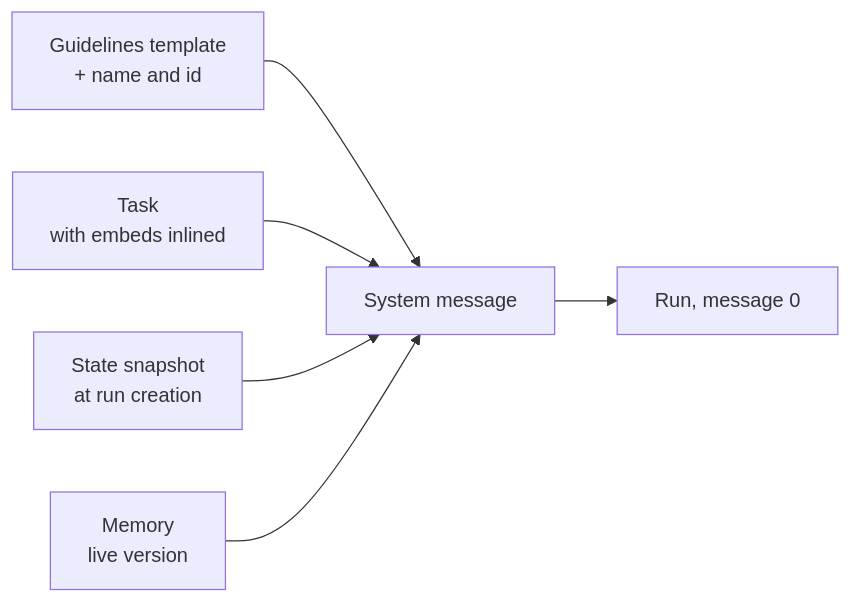
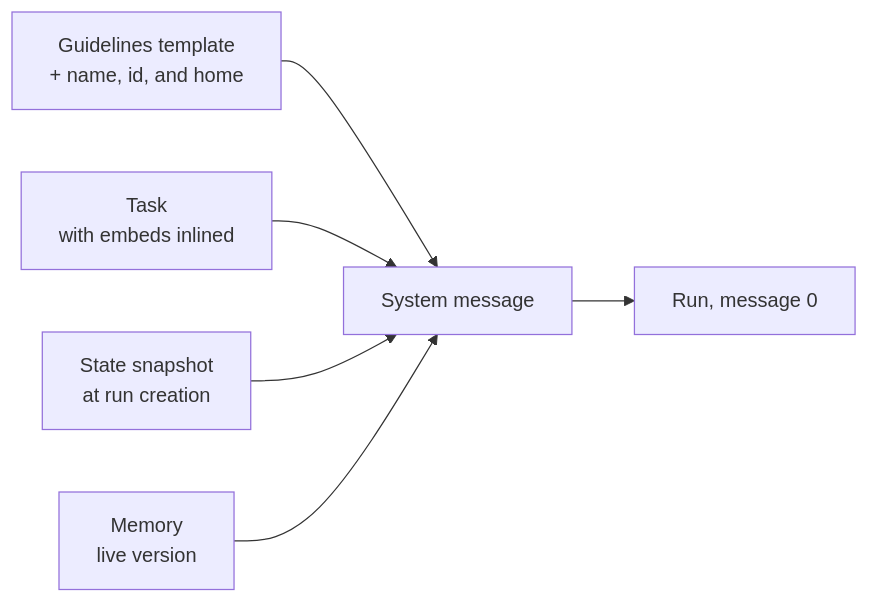
The diagram in docs/concepts/system-prompt.md (CigaleAI/guilds), drawn with Mermaid before and after one commit. The commit also changed other lines of this file and 82 other files, not shown here.

````diff
--- a/docs/concepts/system-prompt.md
+++ b/docs/concepts/system-prompt.md
@@ -35,8 +35,8 @@
 ```mermaid
 flowchart LR
-  G["Guidelines template<br/>+ name and id"] --> S["System message"]
+  G["Guidelines template<br/>+ name, id, and home"] --> S["System message"]
   T["Task<br/>with embeds inlined"] --> S
   St["State snapshot<br/>at run creation"] --> S
   M["Memory<br/>live version"] --> S
   S --> R["Run, message 0"]
 ```
````
